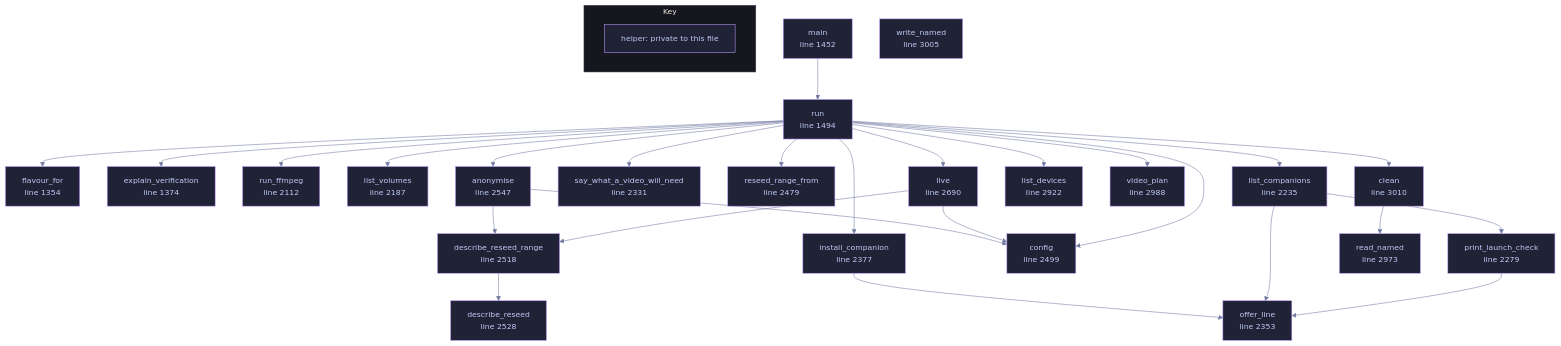
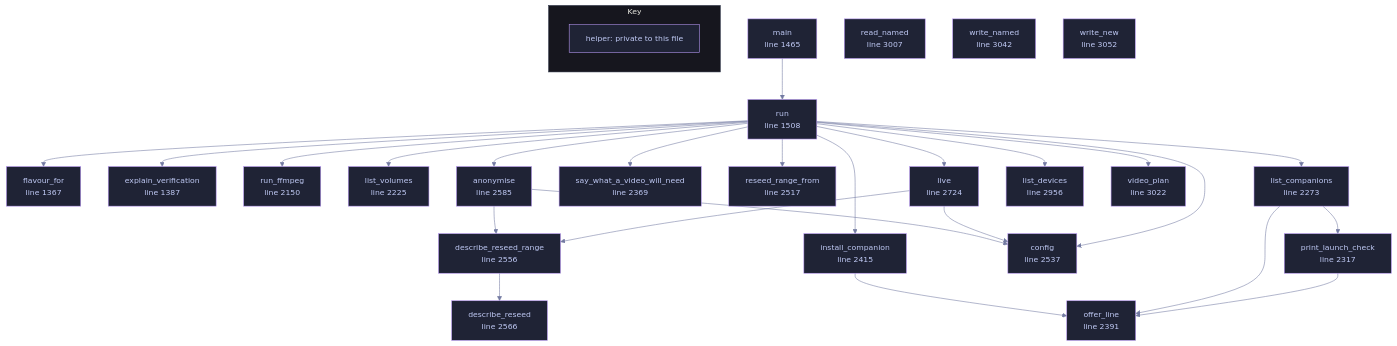
Before and after one commit to tilas01/veilvoice: the diagram in docs/files/veilvoice-cli/main.md, drawn with Mermaid. The commit also changed other lines of this file and 514 other files, not shown here.

````diff
--- a/docs/files/veilvoice-cli/main.md
+++ b/docs/files/veilvoice-cli/main.md
@@ -135,80 +135,78 @@
 ```mermaid
 %%{init: {"theme":"base","themeVariables":{"background":"#1a1b26","primaryColor":"#1f2335","primaryTextColor":"#c0caf5","primaryBorderColor":"#7aa2f7","secondaryColor":"#16161e","tertiaryColor":"#16161e","lineColor":"#737aa2","textColor":"#c0caf5","mainBkg":"#1f2335","nodeBorder":"#7aa2f7","clusterBkg":"#16161e","clusterBorder":"#2f3549","fontFamily":"ui-monospace, SFMono-Regular, Consolas, monospace","fontSize":"14px"}}}%%
 flowchart TD
-    n_flavour_for["flavour_for<br/>line 1354"]
-    n_explain_verification["explain_verification<br/>line 1374"]
-    n_main["main<br/>line 1452"]
-    n_run["run<br/>line 1494"]
-    n_run_ffmpeg["run_ffmpeg<br/>line 2112"]
-    n_list_volumes["list_volumes<br/>line 2187"]
-    n_list_companions["list_companions<br/>line 2235"]
-    n_print_launch_check["print_launch_check<br/>line 2279"]
-    n_say_what_a_video_will_need["say_what_a_video_will_need<br/>line 2331"]
-    n_offer_line["offer_line<br/>line 2353"]
-    n_install_companion["install_companion<br/>line 2377"]
-    n_reseed_range_from["reseed_range_from<br/>line 2479"]
-    n_config["config<br/>line 2499"]
-    n_describe_reseed_range["describe_reseed_range<br/>line 2518"]
-    n_describe_reseed["describe_reseed<br/>line 2528"]
-    n_anonymise["anonymise<br/>line 2547"]
-    n_live["live<br/>line 2690"]
-    n_list_devices["list_devices<br/>line 2922"]
-    n_read_named["read_named<br/>line 2973"]
-    n_video_plan["video_plan<br/>line 2988"]
-    n_write_named["write_named<br/>line 3005"]
-    n_clean["clean<br/>line 3010"]
+    n_flavour_for["flavour_for<br/>line 1367"]
+    n_explain_verification["explain_verification<br/>line 1387"]
+    n_main["main<br/>line 1465"]
+    n_run["run<br/>line 1508"]
+    n_run_ffmpeg["run_ffmpeg<br/>line 2150"]
+    n_list_volumes["list_volumes<br/>line 2225"]
+    n_list_companions["list_companions<br/>line 2273"]
+    n_print_launch_check["print_launch_check<br/>line 2317"]
+    n_say_what_a_video_will_need["say_what_a_video_will_need<br/>line 2369"]
+    n_offer_line["offer_line<br/>line 2391"]
+    n_install_companion["install_companion<br/>line 2415"]
+    n_reseed_range_from["reseed_range_from<br/>line 2517"]
+    n_config["config<br/>line 2537"]
+    n_describe_reseed_range["describe_reseed_range<br/>line 2556"]
+    n_describe_reseed["describe_reseed<br/>line 2566"]
+    n_anonymise["anonymise<br/>line 2585"]
+    n_live["live<br/>line 2724"]
+    n_list_devices["list_devices<br/>line 2956"]
+    n_read_named["read_named<br/>line 3007"]
+    n_video_plan["video_plan<br/>line 3022"]
+    n_write_named["write_named<br/>line 3042"]
+    n_write_new["write_new<br/>line 3052"]
     n_anonymise --> n_config
     n_anonymise --> n_describe_reseed_range
-    n_clean --> n_read_named
     n_describe_reseed_range --> n_describe_reseed
     n_install_companion --> n_offer_line
     n_list_companions --> n_offer_line
     n_list_companions --> n_print_launch_check
     n_live --> n_config
     n_live --> n_describe_reseed_range
     n_main --> n_run
     n_print_launch_check --> n_offer_line
     n_run --> n_anonymise
-    n_run --> n_clean
     n_run --> n_config
     n_run --> n_explain_verification
     n_run --> n_flavour_for
     n_run --> n_install_companion
     n_run --> n_list_companions
     n_run --> n_list_devices
     n_run --> n_list_volumes
     n_run --> n_live
     n_run --> n_reseed_range_from
     n_run --> n_run_ffmpeg
     n_run --> n_say_what_a_video_will_need
     n_run --> n_video_plan
-    click n_flavour_for href "https://github.com/tilas01/veilvoice/blob/main/crates/veilvoice-cli/src/main.rs#L1354" "open the source"
-    click n_explain_verification href "https://github.com/tilas01/veilvoice/blob/main/crates/veilvoice-cli/src/main.rs#L1374" "open the source"
-    click n_main href "https://github.com/tilas01/veilvoice/blob/main/crates/veilvoice-cli/src/main.rs#L1452" "open the source"
-    click n_run href "https://github.com/tilas01/veilvoice/blob/main/crates/veilvoice-cli/src/main.rs#L1494" "open the source"
-    click n_run_ffmpeg href "https://github.com/tilas01/veilvoice/blob/main/crates/veilvoice-cli/src/main.rs#L2112" "open the source"
-    click n_list_volumes href "https://github.com/tilas01/veilvoice/blob/main/crates/veilvoice-cli/src/main.rs#L2187" "open the source"
-    click n_list_companions href "https://github.com/tilas01/veilvoice/blob/main/crates/veilvoice-cli/src/main.rs#L2235" "open the source"
-    click n_print_launch_check href "https://github.com/tilas01/veilvoice/blob/main/crates/veilvoice-cli/src/main.rs#L2279" "open the source"
-    click n_say_what_a_video_will_need href "https://github.com/tilas01/veilvoice/blob/main/crates/veilvoice-cli/src/main.rs#L2331" "open the source"
-    click n_offer_line href "https://github.com/tilas01/veilvoice/blob/main/crates/veilvoice-cli/src/main.rs#L2353" "open the source"
-    click n_install_companion href "https://github.com/tilas01/veilvoice/blob/main/crates/veilvoice-cli/src/main.rs#L2377" "open the source"
-    click n_reseed_range_from href "https://github.com/tilas01/veilvoice/blob/main/crates/veilvoice-cli/src/main.rs#L2479" "open the source"
-    click n_config href "https://github.com/tilas01/veilvoice/blob/main/crates/veilvoice-cli/src/main.rs#L2499" "open the source"
-    click n_describe_reseed_range href "https://github.com/tilas01/veilvoice/blob/main/crates/veilvoice-cli/src/main.rs#L2518" "open the source"
-    click n_describe_reseed href "https://github.com/tilas01/veilvoice/blob/main/crates/veilvoice-cli/src/main.rs#L2528" "open the source"
-    click n_anonymise href "https://github.com/tilas01/veilvoice/blob/main/crates/veilvoice-cli/src/main.rs#L2547" "open the source"
-    click n_live href "https://github.com/tilas01/veilvoice/blob/main/crates/veilvoice-cli/src/main.rs#L2690" "open the source"
-    click n_list_devices href "https://github.com/tilas01/veilvoice/blob/main/crates/veilvoice-cli/src/main.rs#L2922" "open the source"
-    click n_read_named href "https://github.com/tilas01/veilvoice/blob/main/crates/veilvoice-cli/src/main.rs#L2973" "open the source"
-    click n_video_plan href "https://github.com/tilas01/veilvoice/blob/main/crates/veilvoice-cli/src/main.rs#L2988" "open the source"
-    click n_write_named href "https://github.com/tilas01/veilvoice/blob/main/crates/veilvoice-cli/src/main.rs#L3005" "open the source"
-    click n_clean href "https://github.com/tilas01/veilvoice/blob/main/crates/veilvoice-cli/src/main.rs#L3010" "open the source"
+    click n_flavour_for href "https://github.com/tilas01/veilvoice/blob/main/crates/veilvoice-cli/src/main.rs#L1367" "open the source"
+    click n_explain_verification href "https://github.com/tilas01/veilvoice/blob/main/crates/veilvoice-cli/src/main.rs#L1387" "open the source"
+    click n_main href "https://github.com/tilas01/veilvoice/blob/main/crates/veilvoice-cli/src/main.rs#L1465" "open the source"
+    click n_run href "https://github.com/tilas01/veilvoice/blob/main/crates/veilvoice-cli/src/main.rs#L1508" "open the source"
+    click n_run_ffmpeg href "https://github.com/tilas01/veilvoice/blob/main/crates/veilvoice-cli/src/main.rs#L2150" "open the source"
+    click n_list_volumes href "https://github.com/tilas01/veilvoice/blob/main/crates/veilvoice-cli/src/main.rs#L2225" "open the source"
+    click n_list_companions href "https://github.com/tilas01/veilvoice/blob/main/crates/veilvoice-cli/src/main.rs#L2273" "open the source"
+    click n_print_launch_check href "https://github.com/tilas01/veilvoice/blob/main/crates/veilvoice-cli/src/main.rs#L2317" "open the source"
+    click n_say_what_a_video_will_need href "https://github.com/tilas01/veilvoice/blob/main/crates/veilvoice-cli/src/main.rs#L2369" "open the source"
+    click n_offer_line href "https://github.com/tilas01/veilvoice/blob/main/crates/veilvoice-cli/src/main.rs#L2391" "open the source"
+    click n_install_companion href "https://github.com/tilas01/veilvoice/blob/main/crates/veilvoice-cli/src/main.rs#L2415" "open the source"
+    click n_reseed_range_from href "https://github.com/tilas01/veilvoice/blob/main/crates/veilvoice-cli/src/main.rs#L2517" "open the source"
+    click n_config href "https://github.com/tilas01/veilvoice/blob/main/crates/veilvoice-cli/src/main.rs#L2537" "open the source"
+    click n_describe_reseed_range href "https://github.com/tilas01/veilvoice/blob/main/crates/veilvoice-cli/src/main.rs#L2556" "open the source"
+    click n_describe_reseed href "https://github.com/tilas01/veilvoice/blob/main/crates/veilvoice-cli/src/main.rs#L2566" "open the source"
+    click n_anonymise href "https://github.com/tilas01/veilvoice/blob/main/crates/veilvoice-cli/src/main.rs#L2585" "open the source"
+    click n_live href "https://github.com/tilas01/veilvoice/blob/main/crates/veilvoice-cli/src/main.rs#L2724" "open the source"
+    click n_list_devices href "https://github.com/tilas01/veilvoice/blob/main/crates/veilvoice-cli/src/main.rs#L2956" "open the source"
+    click n_read_named href "https://github.com/tilas01/veilvoice/blob/main/crates/veilvoice-cli/src/main.rs#L3007" "open the source"
+    click n_video_plan href "https://github.com/tilas01/veilvoice/blob/main/crates/veilvoice-cli/src/main.rs#L3022" "open the source"
+    click n_write_named href "https://github.com/tilas01/veilvoice/blob/main/crates/veilvoice-cli/src/main.rs#L3042" "open the source"
+    click n_write_new href "https://github.com/tilas01/veilvoice/blob/main/crates/veilvoice-cli/src/main.rs#L3052" "open the source"
     classDef helper fill:#1f2335,stroke:#bb9af7,color:#c0caf5
-    class n_flavour_for,n_explain_verification,n_main,n_run,n_run_ffmpeg,n_list_volumes,n_list_companions,n_print_launch_check,n_say_what_a_video_will_need,n_offer_line,n_install_companion,n_reseed_range_from,n_config,n_describe_reseed_range,n_describe_reseed,n_anonymise,n_live,n_list_devices,n_read_named,n_video_plan,n_write_named,n_clean helper
+    class n_flavour_for,n_explain_verification,n_main,n_run,n_run_ffmpeg,n_list_volumes,n_list_companions,n_print_launch_check,n_say_what_a_video_will_need,n_offer_line,n_install_companion,n_reseed_range_from,n_config,n_describe_reseed_range,n_describe_reseed,n_anonymise,n_live,n_list_devices,n_read_named,n_video_plan,n_write_named,n_write_new helper
     subgraph chart_key ["Key"]
         direction LR
         key_helper["helper: private to this file"]
     end
     class key_helper helper
 ```
````
